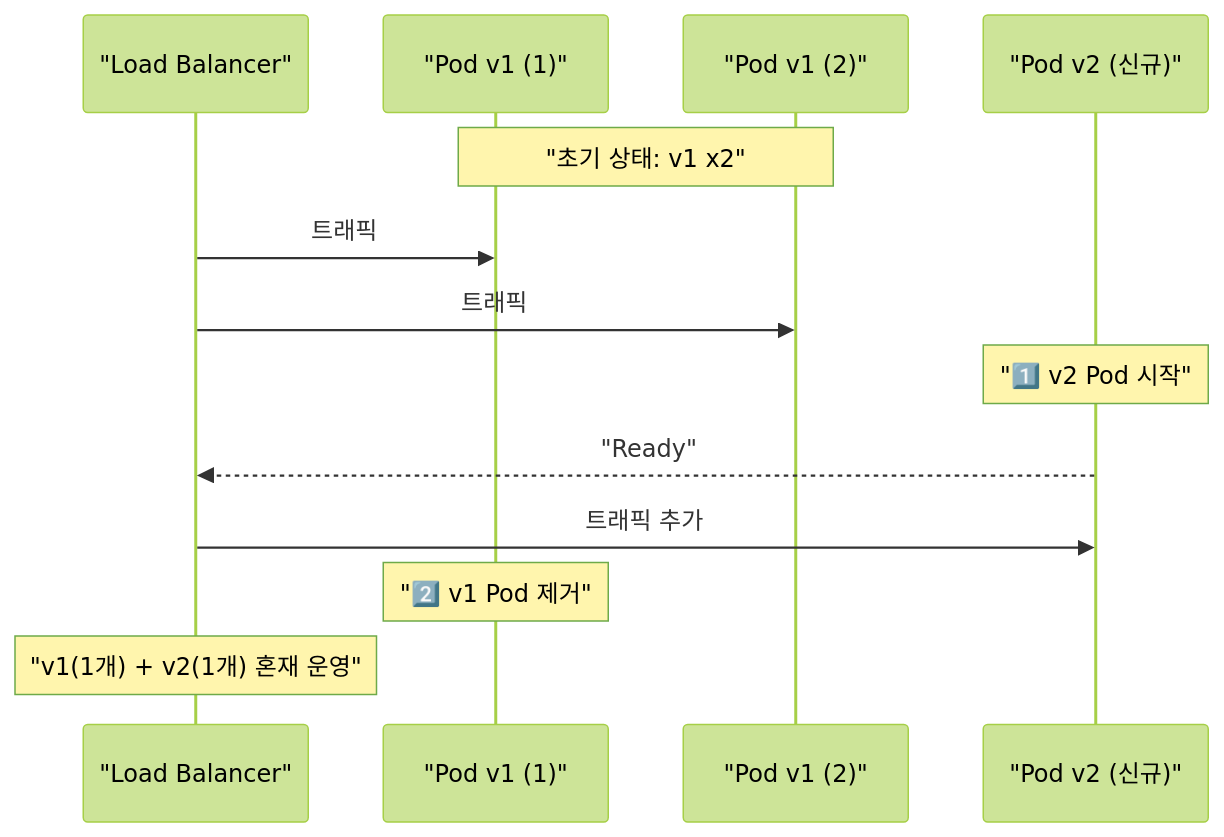
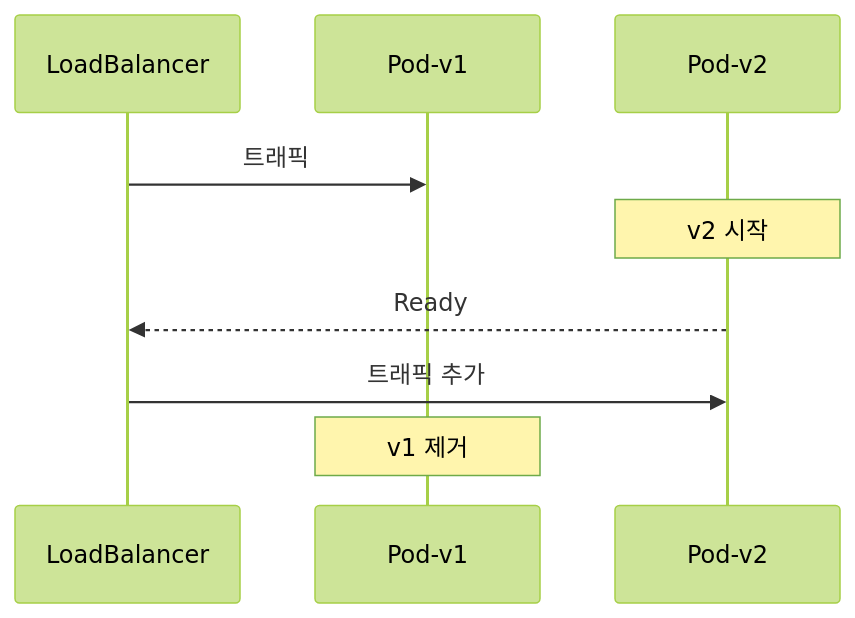
The second of 4 diagrams in _posts/cicd/2026-05-01-cicd.md (yjkim2015/yjkim2015.github.io), drawn with Mermaid (forest theme) before and after one commit. The commit also changed other lines of this file and 155 other files, not shown here.

First line of the commit message:
Mermaid 전면 수정: subgraph 제거, participant/노드/줄수 축소 (342블록)

````diff
--- a/_posts/cicd/2026-05-01-cicd.md
+++ b/_posts/cicd/2026-05-01-cicd.md
@@ -345,15 +345,11 @@
 ```mermaid
 sequenceDiagram
-    participant LB as "Load Balancer"
-    participant P1 as "Pod v1 (1)"
-    participant P2 as "Pod v1 (2)"
-    participant P3 as "Pod v2 (신규)"
-    Note over P1,P2: "초기 상태: v1 x2"
+    participant LB as LoadBalancer
+    participant P1 as Pod-v1
+    participant P2 as Pod-v2
     LB->>P1: 트래픽
-    LB->>P2: 트래픽
-    Note over P3: "1️⃣ v2 Pod 시작"
-    P3-->>LB: "Ready"
-    LB->>P3: 트래픽 추가
-    Note over P1: "2️⃣ v1 Pod 제거"
-    Note over LB: "v1(1개) + v2(1개) 혼재 운영"
+    Note over P2: v2 시작
+    P2-->>LB: Ready
+    LB->>P2: 트래픽 추가
+    Note over P1: v1 제거
 ```
````
